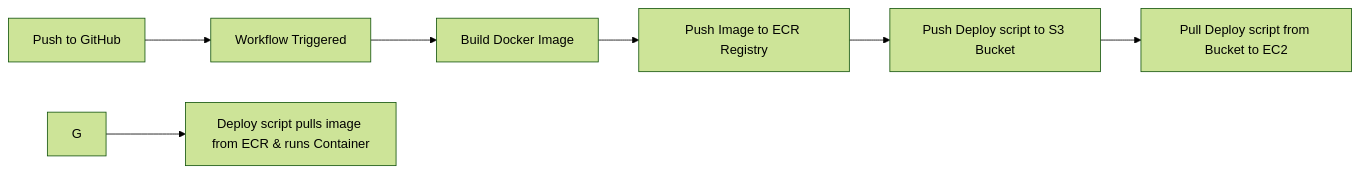
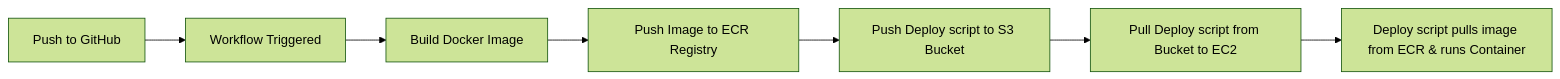
Before and after one commit to MonkeyScourge/practice-ci-cd-pipeline: the diagram in README.md, drawn with Mermaid (forest theme).

Commit message:
[skip ci] fixed architecture diagram

````diff
--- a/README.md
+++ b/README.md
@@ -11,10 +11,10 @@
 ```mermaid
 flowchart LR
 	A[Push to GitHub] --> B[Workflow Triggered]
 	B --> C[Build Docker Image]
 	C --> D[Push Image to ECR Registry]
 	D --> E[Push Deploy script to S3 Bucket]
 	E --> F[Pull Deploy script from Bucket to EC2]
-	G --> H[Deploy script pulls image from ECR & runs Container]
+	F --> G[Deploy script pulls image from ECR & runs Container]
 
 ```
````
